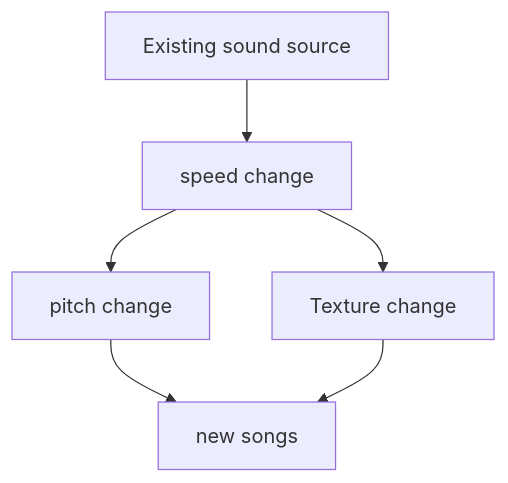
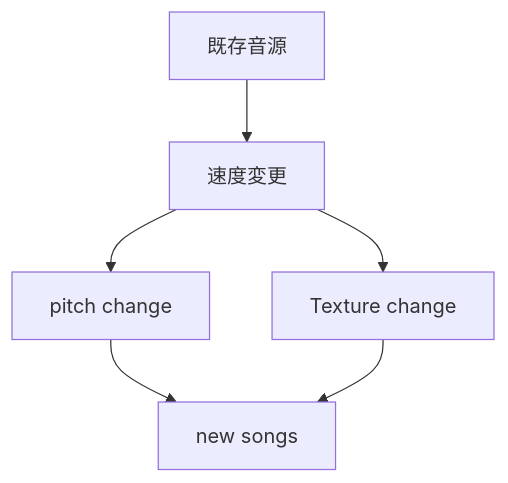
Before and after one commit to monumental-movement/monumental-movement.github.io: the third of 5 diagrams in en/_posts/2026-04-25-column-neu.md, drawn with Mermaid. The commit also changed other lines of this file and 1012 other files, not shown here.

```diff
--- a/en/_posts/2026-04-25-column-neu.md
+++ b/en/_posts/2026-04-25-column-neu.md
@@ -108,8 +108,8 @@
 <div class="mermaid">
 graph TD
-A[Existing sound source] --> B[speed change]
+A[既存音源] --> B[速度変更]
 B --> C[pitch change]
 B --> D[Texture change]
 C --> E[new songs]
 D --> E
 </div>
```
